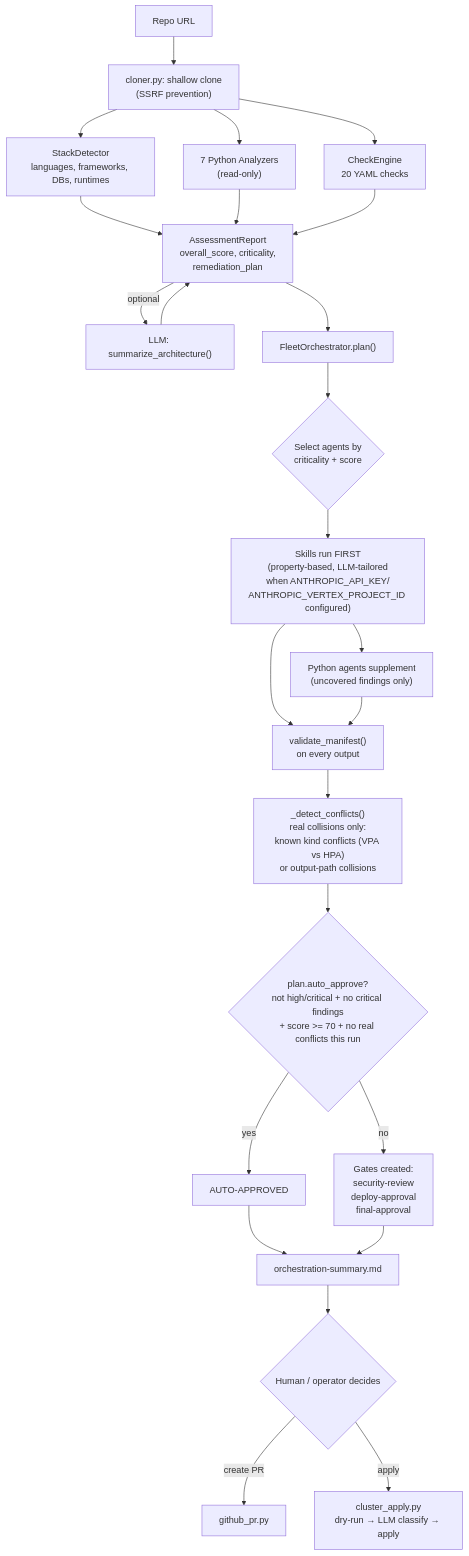
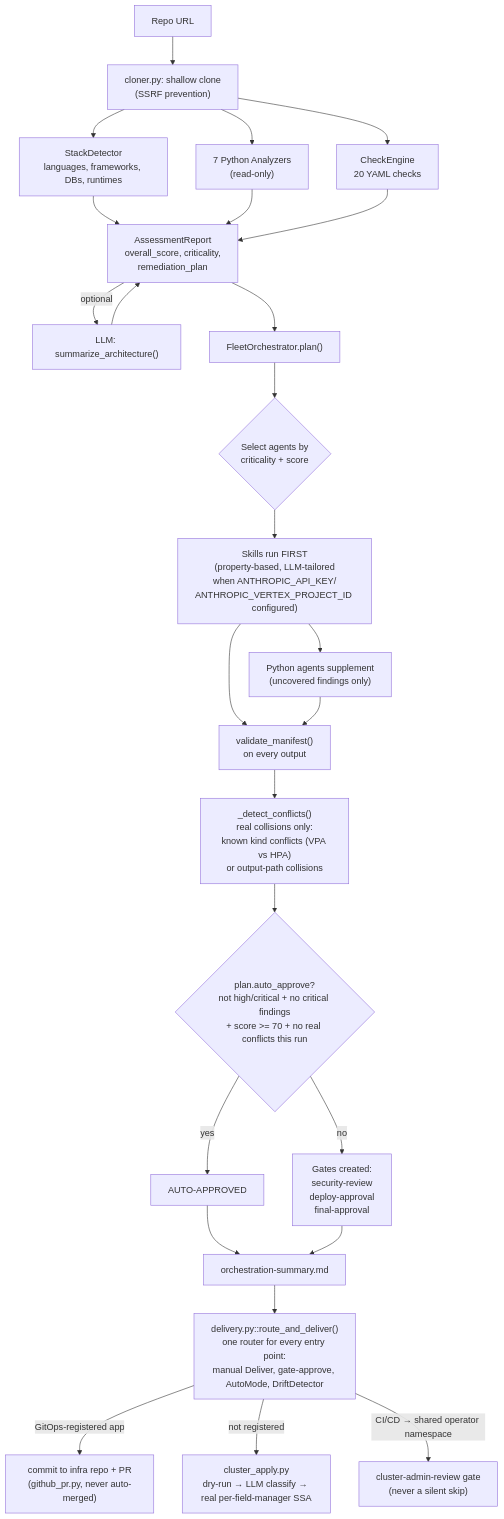
Before and after one commit to alimobrem/AgentIT: the second of 4 diagrams in docs/architecture.md, drawn with Mermaid. The commit also changed other lines of this file and 4 other files, not shown here.

````diff
--- a/docs/architecture.md
+++ b/docs/architecture.md
@@ -110,25 +134,26 @@
 ```mermaid
 flowchart TD
     A["Repo URL"] --> B["cloner.py: shallow clone\n(SSRF prevention)"]
     B --> C["StackDetector\nlanguages, frameworks, DBs, runtimes"]
     B --> D["7 Python Analyzers\n(read-only)"]
     B --> E["CheckEngine\n20 YAML checks"]
     C & D & E --> F["AssessmentReport\noverall_score, criticality,\nremediation_plan"]
     F -->|"optional"| G["LLM: summarize_architecture()"]
     G --> F
 
     F --> H["FleetOrchestrator.plan()"]
     H --> I{"Select agents by\ncriticality + score"}
     I --> J["Skills run FIRST\n(property-based, LLM-tailored\nwhen ANTHROPIC_API_KEY/\nANTHROPIC_VERTEX_PROJECT_ID configured)"]
     J --> K["Python agents supplement\n(uncovered findings only)"]
     J & K --> L["validate_manifest()\non every output"]
     L --> M["_detect_conflicts()\nreal collisions only:\nknown kind conflicts (VPA vs HPA)\nor output-path collisions"]
     M --> N{"plan.auto_approve?\nnot high/critical + no critical findings\n+ score >= 70 + no real conflicts this run"}
     N -->|"yes"| O["AUTO-APPROVED"]
     N -->|"no"| P["Gates created:\nsecurity-review\ndeploy-approval\nfinal-approval"]
     O & P --> Q["orchestration-summary.md"]
 
-    Q --> R{"Human / operator decides"}
-    R -->|"create PR"| S["github_pr.py"]
-    R -->|"apply"| T["cluster_apply.py\ndry-run → LLM classify → apply"]
+    Q --> R["delivery.py::route_and_deliver()\none router for every entry point:\nmanual Deliver, gate-approve, AutoMode, DriftDetector"]
+    R -->|"GitOps-registered app"| S["commit to infra repo + PR\n(github_pr.py, never auto-merged)"]
+    R -->|"not registered"| T["cluster_apply.py\ndry-run → LLM classify → real per-field-manager SSA"]
+    R -->|"CI/CD → shared operator namespace"| U["cluster-admin-review gate\n(never a silent skip)"]
 ```
````
